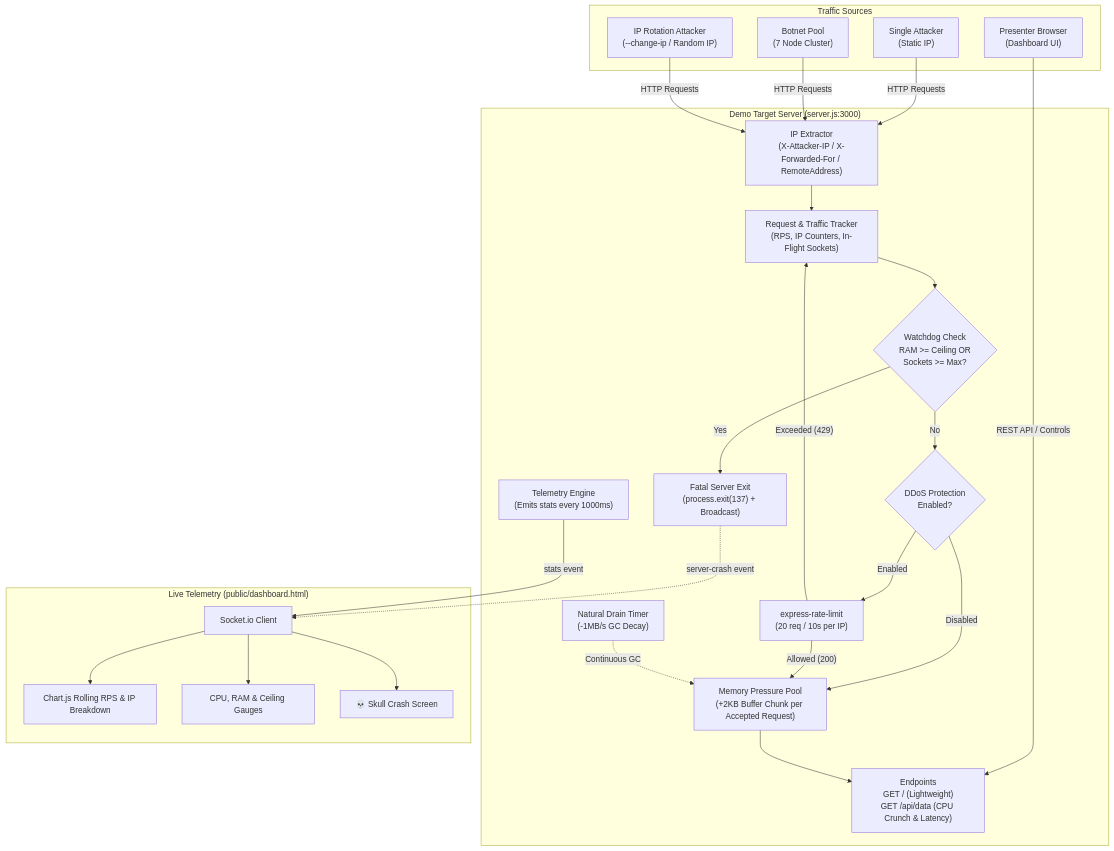
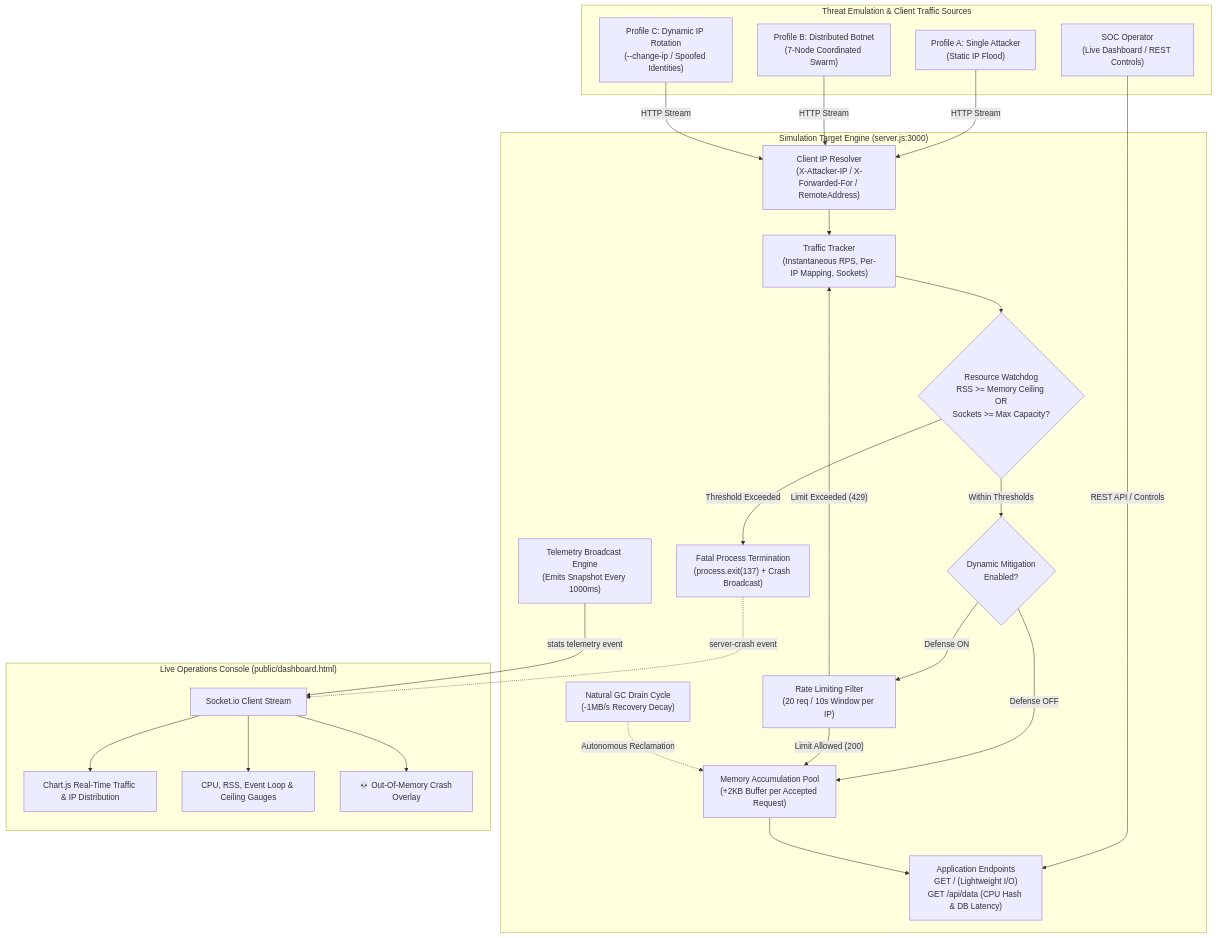
Before and after one commit to mohamedfo17/DDOS: the first of 2 diagrams in README.md, drawn with Mermaid. The commit also changed other lines of this file and 5 other files, not shown here.

````diff
--- a/README.md
+++ b/README.md
@@ -48,57 +51,57 @@
 ```mermaid
 flowchart TD
-    subgraph Clients["Traffic Sources"]
-        Attacker1["Single Attacker\n(Static IP)"]
-        Attacker2["Botnet Pool\n(7 Node Cluster)"]
-        Attacker3["IP Rotation Attacker\n(--change-ip / Random IP)"]
-        Presenter["Presenter Browser\n(Dashboard UI)"]
+    subgraph TrafficSources["Threat Emulation & Client Traffic Sources"]
+        T1["Profile A: Single Attacker\n(Static IP Flood)"]
+        T2["Profile B: Distributed Botnet\n(7-Node Coordinated Swarm)"]
+        T3["Profile C: Dynamic IP Rotation\n(--change-ip / Spoofed Identities)"]
+        T4["SOC Operator\n(Live Dashboard / REST Controls)"]
     end
 
-    subgraph Server["Demo Target Server (server.js:3000)"]
-        IPExtractor["IP Extractor\n(X-Attacker-IP / X-Forwarded-For / RemoteAddress)"]
-        Tracking["Request & Traffic Tracker\n(RPS, IP Counters, In-Flight Sockets)"]
-        Watchdog{"Watchdog Check\nRAM >= Ceiling OR\nSockets >= Max?"}
+    subgraph TargetEngine["Simulation Target Engine (server.js:3000)"]
+        IPResolver["Client IP Resolver\n(X-Attacker-IP / X-Forwarded-For / RemoteAddress)"]
+        TrafficCounters["Traffic Tracker\n(Instantaneous RPS, Per-IP Mapping, Sockets)"]
+        Watchdog{"Resource Watchdog\nRSS >= Memory Ceiling OR\nSockets >= Max Capacity?"}
         
-        DynamicLimiter{"DDoS Protection\nEnabled?"}
-        Limiter["express-rate-limit\n(20 req / 10s per IP)"]
+        MitigationToggle{"Dynamic Mitigation\nEnabled?"}
+        RateLimiter["Rate Limiting Filter\n(20 req / 10s Window per IP)"]
         
-        MemAlloc["Memory Pressure Pool\n(+2KB Buffer Chunk per Accepted Request)"]
-        NaturalDrain["Natural Drain Timer\n(-1MB/s GC Decay)"]
+        BufferPool["Memory Accumulation Pool\n(+2KB Buffer per Accepted Request)"]
+        DrainTimer["Natural GC Drain Cycle\n(-1MB/s Recovery Decay)"]
         
-        Routes["Endpoints\nGET / (Lightweight)\nGET /api/data (CPU Crunch & Latency)"]
-        CrashProc["Fatal Server Exit\n(process.exit(137) + Broadcast)"]
+        ServiceRoutes["Application Endpoints\nGET / (Lightweight I/O)\nGET /api/data (CPU Hash & DB Latency)"]
+        CrashHandler["Fatal Process Termination\n(process.exit(137) + Crash Broadcast)"]
         
-        TelemetryLoop["Telemetry Engine\n(Emits stats every 1000ms)"]
+        TelemetryEngine["Telemetry Broadcast Engine\n(Emits Snapshot Every 1000ms)"]
     end
 
-    subgraph Dashboard["Live Telemetry (public/dashboard.html)"]
-        SocketReceiver["Socket.io Client"]
-        Charts["Chart.js Rolling RPS & IP Breakdown"]
-        Gauges["CPU, RAM & Ceiling Gauges"]
-        Modal["💀 Skull Crash Screen"]
+    subgraph OperatorConsole["Live Operations Console (public/dashboard.html)"]
+        WebsocketClient["Socket.io Client Stream"]
+        Charts["Chart.js Real-Time Traffic & IP Distribution"]
+        Gauges["CPU, RSS, Event Loop & Ceiling Gauges"]
+        CrashModal["💀 Out-Of-Memory Crash Overlay"]
     end
 
-    Attacker1 -->|HTTP Requests| IPExtractor
-    Attacker2 -->|HTTP Requests| IPExtractor
-    Attacker3 -->|HTTP Requests| IPExtractor
-    Presenter -->|REST API / Controls| Routes
+    T1 -->|HTTP Stream| IPResolver
+    T2 -->|HTTP Stream| IPResolver
+    T3 -->|HTTP Stream| IPResolver
+    T4 -->|REST API / Controls| ServiceRoutes
 
-    IPExtractor --> Tracking
-    Tracking --> Watchdog
-    Watchdog -- Yes --> CrashProc
-    Watchdog -- No --> DynamicLimiter
+    IPResolver --> TrafficCounters
+    TrafficCounters --> Watchdog
+    Watchdog -- Threshold Exceeded --> CrashHandler
+    Watchdog -- Within Thresholds --> MitigationToggle
 
-    DynamicLimiter -- Enabled --> Limiter
-    DynamicLimiter -- Disabled --> MemAlloc
-    Limiter -- Exceeded (429) --> Tracking
-    Limiter -- Allowed (200) --> MemAlloc
+    MitigationToggle -- Defense ON --> RateLimiter
+    MitigationToggle -- Defense OFF --> BufferPool
+    RateLimiter -- Limit Exceeded (429) --> TrafficCounters
+    RateLimiter -- Limit Allowed (200) --> BufferPool
 
-    MemAlloc --> Routes
-    NaturalDrain -.->|Continuous GC| MemAlloc
+    BufferPool --> ServiceRoutes
+    DrainTimer -.->|Autonomous Reclamation| BufferPool
 
-    CrashProc -.->|server-crash event| SocketReceiver
-    TelemetryLoop -->|stats event| SocketReceiver
-    SocketReceiver --> Charts
-    SocketReceiver --> Gauges
-    SocketReceiver --> Modal
+    CrashHandler -.->|server-crash event| WebsocketClient
+    TelemetryEngine -->|stats telemetry event| WebsocketClient
+    WebsocketClient --> Charts
+    WebsocketClient --> Gauges
+    WebsocketClient --> CrashModal
 ```
````
